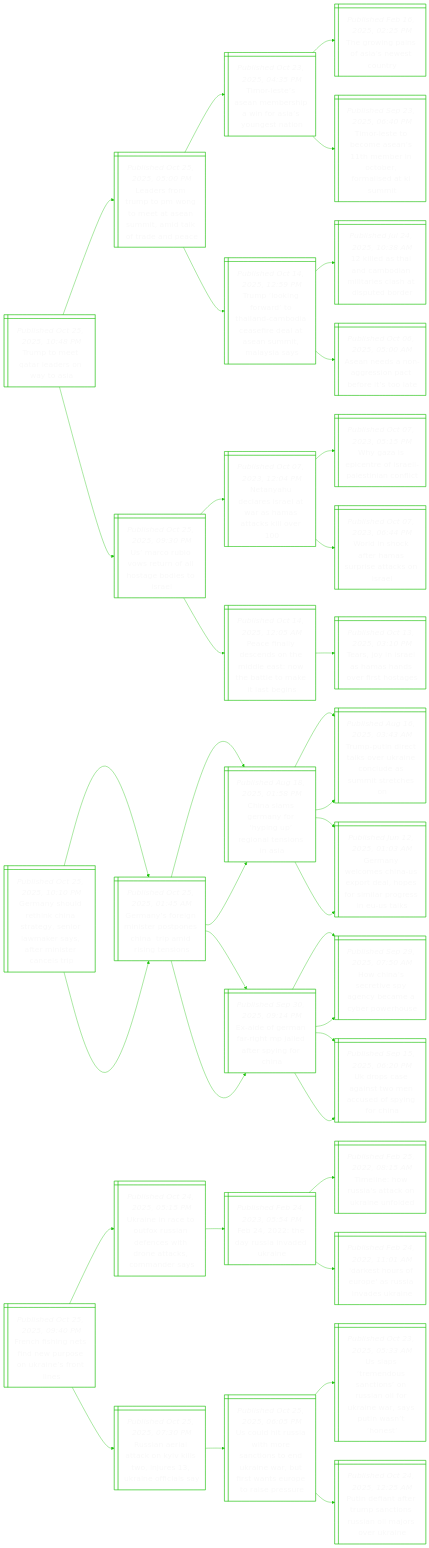
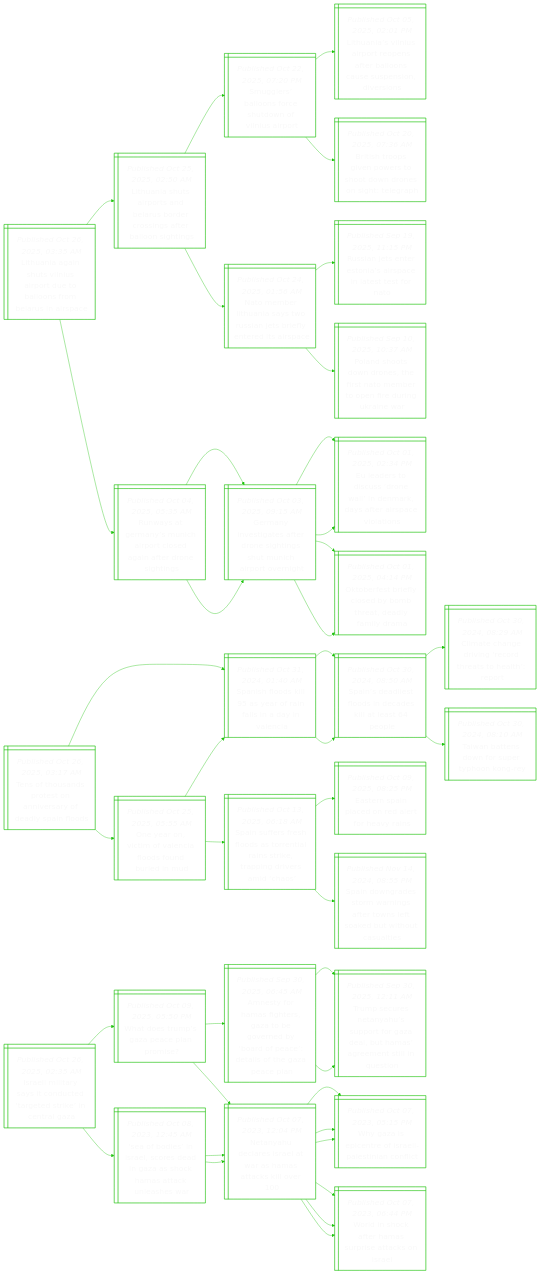
One commit to notJmes/notJmes changed the diagram in README.md. Above: the diagram before and after it, drawn with Mermaid. The commit also changed other lines of this file, not shown here.

````diff
--- a/README.md
+++ b/README.md
@@ -16,121 +16,130 @@
 flowchart LR
 classDef txtsize font-size:20px;
 
-TttrewA@{ shape: win-pane, label: "_Published Oct 25, 2025, 10:48 PM_
-Trump to meet qatar leaders on way to asia" }
-LrmpWoaamikade@{ shape: win-pane, label: "_Published Oct 25, 2025, 05:00 PM_
-Leaders from trump to pm wong to meet at asean summit, amid talk of trade and peace" }
-TLsnepfiuto@{ shape: win-pane, label: "_Published Oct 23, 2025, 04:35 PM_
-Timor-leste’s asean membership a win for asia’s youngest nation" }
-Topoaeu@{ shape: win-pane, label: "_Published Feb 16, 2025, 02:25 PM_
-The growing pains of asia’s newest country" }
-TLtoehecradst@{ shape: win-pane, label: "_Published Sep 23, 2025, 06:40 PM_
-Timor-leste to become asean’s 11th member in october, formalised at kl summit" }
-Tlnwolaiseaamla@{ shape: win-pane, label: "_Published Oct 14, 2025, 12:59 PM_
-Trump ‘looking forward’ to thailand-cambodia ceasefire deal at asean summit, malaysia says" }
-kdaCdirltuo@{ shape: win-pane, label: "_Published Jul 24, 2025, 10:38 AM_
-12 killed as thai and cambodian militaries clash at disputed border" }
-Anagsaftl@{ shape: win-pane, label: "_Published Oct 06, 2025, 05:00 AM_
-Asean needs a non-aggression pact before it’s too late" }
-Ucisrltota@{ shape: win-pane, label: "_Published Oct 25, 2025, 09:30 PM_
-Us’ marco rubio vows return of all hostage bodies to israel" }
+LaghisoelsBuic@{ shape: win-pane, label: "_Published Oct 26, 2025, 03:35 AM_
+Lithuania again shuts vilnius airport due to balloons from belarus in airspace" }
+LahitBudogelin@{ shape: win-pane, label: "_Published Oct 25, 2025, 02:50 AM_
+Lithuania shuts airports and belarus border crossings after balloon sightings" }
+Slanctonit@{ shape: win-pane, label: "_Published Oct 22, 2025, 07:20 PM_
+Smugglers’ balloons force shutdown of vilnius airport" }
+LaVupesroausii@{ shape: win-pane, label: "_Published Oct 05, 2025, 02:01 PM_
+Lithuania’s vilnius airport reopens after balloons cause suspension, diversions" }
+Bsovwotdsglp@{ shape: win-pane, label: "_Published Oct 20, 2025, 07:36 AM_
+British troops given powers to shoot down drones on sight: telegraph" }
+NeLaaoitendic@{ shape: win-pane, label: "_Published Oct 24, 2025, 01:56 AM_
+Nato member lithuania says two russian jets briefly entered its airspace" }
+Rasrnicatoo@{ shape: win-pane, label: "_Published Sep 19, 2025, 11:15 PM_
+Russian jets enter estonia’s airspace in latest test for nato" }
+PdtnefNetndgir@{ shape: win-pane, label: "_Published Sep 10, 2025, 10:37 AM_
+Poland shoots down drones, the first nato member to open fire during ukraine war" }
+Ryeyircdnret@{ shape: win-pane, label: "_Published Oct 04, 2025, 05:35 AM_
+Runways at germany’s munich airport closed again after drone sightings" }
+Gneafrinuiroi@{ shape: win-pane, label: "_Published Oct 03, 2025, 09:15 AM_
+Germany investigates after drone sightings shut munich airport overnight" }
+Edouolekaaaoo@{ shape: win-pane, label: "_Published Oct 01, 2025, 02:34 PM_
+Eu leaders to discuss ‘drone wall’ in denmark, days after airspace violations" }
+Oetfoyttlia@{ shape: win-pane, label: "_Published Oct 01, 2025, 04:14 PM_
+Oktoberfest briefly closed by bomb threat, deadly family drama" }
+Gneafrinuiroi@{ shape: win-pane, label: "_Published Oct 03, 2025, 09:15 AM_
+Germany investigates after drone sightings shut munich airport overnight" }
+Edouolekaaaoo@{ shape: win-pane, label: "_Published Oct 01, 2025, 02:34 PM_
+Eu leaders to discuss ‘drone wall’ in denmark, days after airspace violations" }
+Oetfoyttlia@{ shape: win-pane, label: "_Published Oct 01, 2025, 04:14 PM_
+Oktoberfest briefly closed by bomb threat, deadly family drama" }
+
+LaghisoelsBuic:::txtsize --> LahitBudogelin:::txtsize
+LahitBudogelin:::txtsize --> Slanctonit:::txtsize
+Slanctonit:::txtsize --> LaVupesroausii:::txtsize
+Slanctonit:::txtsize --> Bsovwotdsglp:::txtsize
+LahitBudogelin:::txtsize --> NeLaaoitendic:::txtsize
+NeLaaoitendic:::txtsize --> Rasrnicatoo:::txtsize
+NeLaaoitendic:::txtsize --> PdtnefNetndgir:::txtsize
+LaghisoelsBuic:::txtsize --> Ryeyircdnret:::txtsize
+Ryeyircdnret:::txtsize --> Gneafrinuiroi:::txtsize
+Gneafrinuiroi:::txtsize --> Edouolekaaaoo:::txtsize
+Gneafrinuiroi:::txtsize --> Oetfoyttlia:::txtsize
+Ryeyircdnret:::txtsize --> Gneafrinuiroi:::txtsize
+Gneafrinuiroi:::txtsize --> Edouolekaaaoo:::txtsize
+Gneafrinuiroi:::txtsize --> Oetfoyttlia:::txtsize
+
+Tfspsnrodao@{ shape: win-pane, label: "_Published Oct 26, 2025, 03:17 AM_
+Tens of thousands protest on anniversary of deadly spain floods" }
+Ssoleranie@{ shape: win-pane, label: "_Published Oct 31, 2024, 01:40 AM_
+Spanish floods kill 95 as year of rain falls in a day in valencia" }
+Sslfsckttl@{ shape: win-pane, label: "_Published Oct 30, 2024, 08:50 AM_
+Spain’s deadliest floods in decades kill at least 64 people" }
+Ctnirdahhr@{ shape: win-pane, label: "_Published Oct 30, 2024, 08:29 AM_
+Climate change driving ‘record threats to health’: report" }
+TnewSTog@{ shape: win-pane, label: "_Published Oct 30, 2024, 08:10 AM_
+Taiwan battens down for super typhoon kong-rey" }
+Oaioefsdeu@{ shape: win-pane, label: "_Published Oct 25, 2025, 05:55 AM_
+One year on, victim of valencia floods found buried in mud" }
+Ssoleranie@{ shape: win-pane, label: "_Published Oct 31, 2024, 01:40 AM_
+Spanish floods kill 95 as year of rain falls in a day in valencia" }
+Sslfsckttl@{ shape: win-pane, label: "_Published Oct 30, 2024, 08:50 AM_
+Spain’s deadliest floods in decades kill at least 64 people" }
+Ssrsotnrseprsc@{ shape: win-pane, label: "_Published Oct 13, 2025, 06:18 AM_
+Spain suffers fresh floods as torrential rains strike, trapping drivers amid ‘chaos’" }
+Ericrerys@{ shape: win-pane, label: "_Published Oct 09, 2025, 08:25 PM_
+Eastern spain placed on red alert for heavy rains" }
+Sdrswntwfktosi@{ shape: win-pane, label: "_Published Nov 14, 2024, 08:55 PM_
+Spain downgrades storm warnings after towns left soaked but without casualties" }
+
+Tfspsnrodao:::txtsize --> Ssoleranie:::txtsize
+Ssoleranie:::txtsize --> Sslfsckttl:::txtsize
+Sslfsckttl:::txtsize --> Ctnirdahhr:::txtsize
+Sslfsckttl:::txtsize --> TnewSTog:::txtsize
+Tfspsnrodao:::txtsize --> Oaioefsdeu:::txtsize
+Oaioefsdeu:::txtsize --> Ssoleranie:::txtsize
+Ssoleranie:::txtsize --> Sslfsckttl:::txtsize
+Oaioefsdeu:::txtsize --> Ssrsotnrseprsc:::txtsize
+Ssrsotnrseprsc:::txtsize --> Ericrerys:::txtsize
+Ssrsotnrseprsc:::txtsize --> Sdrswntwfktosi:::txtsize
+
+Ilistuttrnrz@{ shape: win-pane, label: "_Published Oct 26, 2025, 02:35 AM_
+Israeli military says it conducted ‘targeted strike’ in central gaza" }
+Wouaaam@{ shape: win-pane, label: "_Published Oct 09, 2025, 05:50 PM_
+What does trump’s gaza peace plan promise?" }
+AtHfezerydatoGel@{ shape: win-pane, label: "_Published Sep 30, 2025, 06:45 AM_
+Amnesty for hamas fighters, gaza to be governed by ‘board of peace’: details of the gaza peace plan" }
+Tseaupoabmrnluo@{ shape: win-pane, label: "_Published Sep 30, 2025, 12:11 AM_
+Trump secures netanyahu’s support for gaza deal, but hamas’ agreement still in question" }
+Tseaupoabmrnluo@{ shape: win-pane, label: "_Published Sep 30, 2025, 12:11 AM_
+Trump secures netanyahu’s support for gaza deal, but hamas’ agreement still in question" }
 NyeeawHakl@{ shape: win-pane, label: "_Published Oct 07, 2023, 12:04 PM_
 Netanyahu declares israel at war as hamas attacks kill over 100" }
 WzptIleint@{ shape: win-pane, label: "_Published Oct 07, 2023, 05:15 PM_
 Why gaza is epicentre of israeli-palestinian conflict" }
 Wiceapaks@{ shape: win-pane, label: "_Published Oct 07, 2023, 06:44 PM_
 World in shock after hamas surprise attacks on israel" }
-PflcoMeNelale@{ shape: win-pane, label: "_Published Oct 14, 2025, 12:05 AM_
-Peace finally descends on the middle east: now the battle to make it last begins" }
-TjIlmnest@{ shape: win-pane, label: "_Published Oct 13, 2025, 03:10 PM_
-Tears, joy in israel as hamas hands over first hostages" }
+Sbsrcdnacaale@{ shape: win-pane, label: "_Published Oct 08, 2023, 12:45 AM_
+‘sea of bodies’ in israel, scores dead in gaza as shock hamas attack unleashes war" }
+NyeeawHakl@{ shape: win-pane, label: "_Published Oct 07, 2023, 12:04 PM_
+Netanyahu declares israel at war as hamas attacks kill over 100" }
+WzptIleint@{ shape: win-pane, label: "_Published Oct 07, 2023, 05:15 PM_
+Why gaza is epicentre of israeli-palestinian conflict" }
+Wiceapaks@{ shape: win-pane, label: "_Published Oct 07, 2023, 06:44 PM_
+World in shock after hamas surprise attacks on israel" }
+NyeeawHakl@{ shape: win-pane, label: "_Published Oct 07, 2023, 12:04 PM_
+Netanyahu declares israel at war as hamas attacks kill over 100" }
+WzptIleint@{ shape: win-pane, label: "_Published Oct 07, 2023, 05:15 PM_
+Why gaza is epicentre of israeli-palestinian conflict" }
+Wiceapaks@{ shape: win-pane, label: "_Published Oct 07, 2023, 06:44 PM_
+World in shock after hamas surprise attacks on israel" }
 
-TttrewA:::txtsize --> LrmpWoaamikade:::txtsize
-LrmpWoaamikade:::txtsize --> TLsnepfiuto:::txtsize
-TLsnepfiuto:::txtsize --> Topoaeu:::txtsize
-TLsnepfiuto:::txtsize --> TLtoehecradst:::txtsize
-LrmpWoaamikade:::txtsize --> Tlnwolaiseaamla:::txtsize
-Tlnwolaiseaamla:::txtsize --> kdaCdirltuo:::txtsize
-Tlnwolaiseaamla:::txtsize --> Anagsaftl:::txtsize
-TttrewA:::txtsize --> Ucisrltota:::txtsize
-Ucisrltota:::txtsize --> NyeeawHakl:::txtsize
+Ilistuttrnrz:::txtsize --> Wouaaam:::txtsize
+Wouaaam:::txtsize --> AtHfezerydatoGel:::txtsize
+AtHfezerydatoGel:::txtsize --> Tseaupoabmrnluo:::txtsize
+AtHfezerydatoGel:::txtsize --> Tseaupoabmrnluo:::txtsize
+Wouaaam:::txtsize --> NyeeawHakl:::txtsize
 NyeeawHakl:::txtsize --> WzptIleint:::txtsize
 NyeeawHakl:::txtsize --> Wiceapaks:::txtsize
-Ucisrltota:::txtsize --> PflcoMeNelale:::txtsize
-PflcoMeNelale:::txtsize --> TjIlmnest:::txtsize
-
-GnutCsenaesrsas@{ shape: win-pane, label: "_Published Oct 25, 2025, 10:10 PM_
-Germany should rethink china strategy, senior lawmaker says, after minister cancels trip" }
-Gnrmtsenprgi@{ shape: win-pane, label: "_Published Oct 25, 2025, 01:45 AM_
-Germany’s foreign minister postpones china  trip amid rising tensions" }
-CsGnhgglin@{ shape: win-pane, label: "_Published Aug 18, 2025, 01:58 PM_
-China slams germany for ‘hyping up’ regional tensions in asia" }
-TPdtsUncamre@{ shape: win-pane, label: "_Published Aug 16, 2025, 03:43 AM_
-Trump-putin direct talks over ukraine conclude as summit stretches on" }
-GncCUoaesagiSs@{ shape: win-pane, label: "_Published Jun 12, 2025, 01:03 AM_
-Germany welcomes china-us export deal, hopes for similar progress in eu-us talks" }
-Eerahaasgh@{ shape: win-pane, label: "_Published Sep 30, 2025, 09:14 PM_
-Ex-aide of german far-right mp jailed after spying for china" }
-Hieiycayoo@{ shape: win-pane, label: "_Published Sep 29, 2025, 07:50 AM_
-How china’s secretive spy agency became a cyber powerhouse" }
-Upenocdyon@{ shape: win-pane, label: "_Published Sep 15, 2025, 06:20 PM_
-Uk drops case against two men accused of spying for china" }
-Gnrmtsenprgi@{ shape: win-pane, label: "_Published Oct 25, 2025, 01:45 AM_
-Germany’s foreign minister postpones china  trip amid rising tensions" }
-CsGnhgglin@{ shape: win-pane, label: "_Published Aug 18, 2025, 01:58 PM_
-China slams germany for ‘hyping up’ regional tensions in asia" }
-TPdtsUncamre@{ shape: win-pane, label: "_Published Aug 16, 2025, 03:43 AM_
-Trump-putin direct talks over ukraine conclude as summit stretches on" }
-GncCUoaesagiSs@{ shape: win-pane, label: "_Published Jun 12, 2025, 01:03 AM_
-Germany welcomes china-us export deal, hopes for similar progress in eu-us talks" }
-Eerahaasgh@{ shape: win-pane, label: "_Published Sep 30, 2025, 09:14 PM_
-Ex-aide of german far-right mp jailed after spying for china" }
-Hieiycayoo@{ shape: win-pane, label: "_Published Sep 29, 2025, 07:50 AM_
-How china’s secretive spy agency became a cyber powerhouse" }
-Upenocdyon@{ shape: win-pane, label: "_Published Sep 15, 2025, 06:20 PM_
-Uk drops case against two men accused of spying for china" }
-
-GnutCsenaesrsas:::txtsize --> Gnrmtsenprgi:::txtsize
-Gnrmtsenprgi:::txtsize --> CsGnhgglin:::txtsize
-CsGnhgglin:::txtsize --> TPdtsUncamre:::txtsize
-CsGnhgglin:::txtsize --> GncCUoaesagiSs:::txtsize
-Gnrmtsenprgi:::txtsize --> Eerahaasgh:::txtsize
-Eerahaasgh:::txtsize --> Hieiycayoo:::txtsize
-Eerahaasgh:::txtsize --> Upenocdyon:::txtsize
-GnutCsenaesrsas:::txtsize --> Gnrmtsenprgi:::txtsize
-Gnrmtsenprgi:::txtsize --> CsGnhgglin:::txtsize
-CsGnhgglin:::txtsize --> TPdtsUncamre:::txtsize
-CsGnhgglin:::txtsize --> GncCUoaesagiSs:::txtsize
-Gnrmtsenprgi:::txtsize --> Eerahaasgh:::txtsize
-Eerahaasgh:::txtsize --> Hieiycayoo:::txtsize
-Eerahaasgh:::txtsize --> Upenocdyon:::txtsize
-
-Fhitduersts@{ shape: win-pane, label: "_Published Oct 25, 2025, 09:40 PM_
-French fishing nets find new purpose on ukraine’s front lines" }
-Unaoxifsdakmr@{ shape: win-pane, label: "_Published Oct 24, 2025, 05:15 PM_
-Ukraine in race to outfox russian defences with drone attacks, commander says" }
-Feuiea@{ shape: win-pane, label: "_Published Feb 24, 2023, 05:54 PM_
-Feb 24, 2022: the day russia invaded ukraine" }
-Tiwitnifd@{ shape: win-pane, label: "_Published Feb 25, 2022, 08:15 AM_
-Timeline: how russia's attack on ukraine unfolded" }
-DsruasvUn@{ shape: win-pane, label: "_Published Feb 24, 2022, 11:01 AM_
-'darkest hours of europe' as russia invades ukraine" }
-RaitnktjUnis@{ shape: win-pane, label: "_Published Oct 25, 2025, 07:30 PM_
-Russian aerial attack on kyiv kills two, injures 13, ukraine officials say" }
-UlRamaoerwttsparr@{ shape: win-pane, label: "_Published Oct 25, 2025, 06:05 PM_
-Us could hit russia with more sanctions to end ukraine war, but first wants europe to raise pressure" }
-UpmucssorirPwht@{ shape: win-pane, label: "_Published Oct 23, 2025, 05:33 AM_
-Us slaps ‘tremendous sanctions’ on russian oil for ukraine war, says putin wasn’t ‘honest’" }
-Pdnemcsilrri@{ shape: win-pane, label: "_Published Oct 24, 2025, 12:25 AM_
-Putin defiant after trump sanctions russian oil majors over ukraine" }
-
-Fhitduersts:::txtsize --> Unaoxifsdakmr:::txtsize
-Unaoxifsdakmr:::txtsize --> Feuiea:::txtsize
-Feuiea:::txtsize --> Tiwitnifd:::txtsize
-Feuiea:::txtsize --> DsruasvUn:::txtsize
-Fhitduersts:::txtsize --> RaitnktjUnis:::txtsize
-RaitnktjUnis:::txtsize --> UlRamaoerwttsparr:::txtsize
-UlRamaoerwttsparr:::txtsize --> UpmucssorirPwht:::txtsize
-UlRamaoerwttsparr:::txtsize --> Pdnemcsilrri:::txtsize
+Ilistuttrnrz:::txtsize --> Sbsrcdnacaale:::txtsize
+Sbsrcdnacaale:::txtsize --> NyeeawHakl:::txtsize
+NyeeawHakl:::txtsize --> WzptIleint:::txtsize
+NyeeawHakl:::txtsize --> Wiceapaks:::txtsize
+Sbsrcdnacaale:::txtsize --> NyeeawHakl:::txtsize
+NyeeawHakl:::txtsize --> WzptIleint:::txtsize
+NyeeawHakl:::txtsize --> Wiceapaks:::txtsize
 
 ```
````
